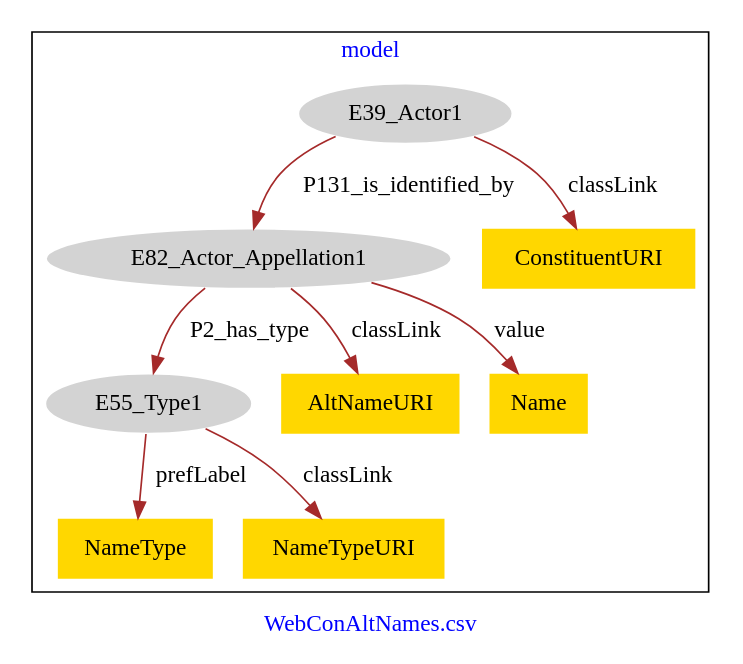
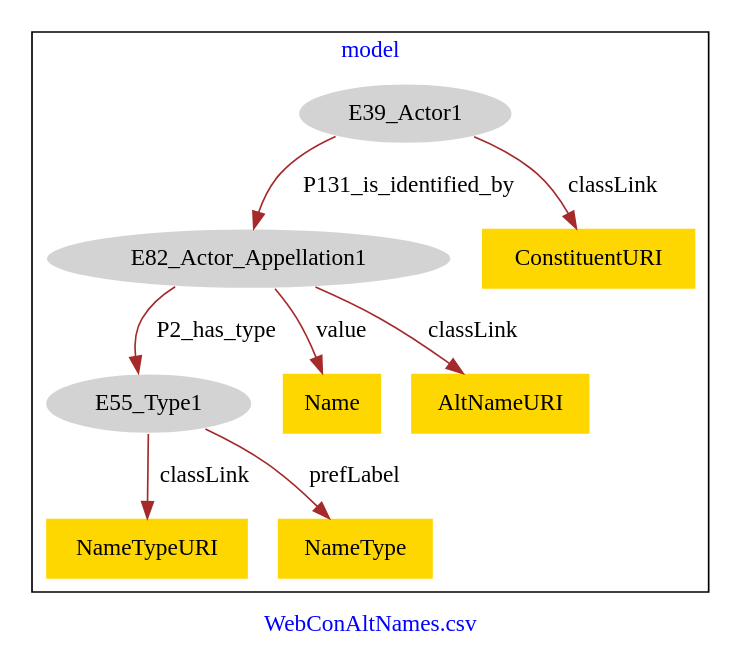
The diagram in WebConAltNames/WebConAltNames-model.dot (american-art/SAAM), drawn with Graphviz before and after one commit.

Commit message:
Update file WebConAltNames-model.dot

```diff
--- a/WebConAltNames/WebConAltNames-model.dot
+++ b/WebConAltNames/WebConAltNames-model.dot
@@ -1,23 +1,23 @@
 digraph n0 {
 fontcolor="blue"
 remincross="true"
 label="WebConAltNames.csv"
 subgraph cluster {
 label="model"
 n2[style="filled",color="white",fillcolor="lightgray",label="E39_Actor1"];
 n3[style="filled",color="white",fillcolor="lightgray",label="E82_Actor_Appellation1"];
 n4[style="filled",color="white",fillcolor="lightgray",label="E55_Type1"];
-n5[shape="plaintext",style="filled",fillcolor="gold",label="AltNameURI"];
-n6[shape="plaintext",style="filled",fillcolor="gold",label="NameType"];
+n5[shape="plaintext",style="filled",fillcolor="gold",label="ConstituentURI"];
+n6[shape="plaintext",style="filled",fillcolor="gold",label="Name"];
 n7[shape="plaintext",style="filled",fillcolor="gold",label="NameTypeURI"];
-n8[shape="plaintext",style="filled",fillcolor="gold",label="ConstituentURI"];
-n9[shape="plaintext",style="filled",fillcolor="gold",label="Name"];
+n8[shape="plaintext",style="filled",fillcolor="gold",label="AltNameURI"];
+n9[shape="plaintext",style="filled",fillcolor="gold",label="NameType"];
 }
 n2 -> n3[color="brown",fontcolor="black",label="P131_is_identified_by"]
 n3 -> n4[color="brown",fontcolor="black",label="P2_has_type"]
-n3 -> n5[color="brown",fontcolor="black",label="classLink"]
-n4 -> n6[color="brown",fontcolor="black",label="prefLabel"]
+n2 -> n5[color="brown",fontcolor="black",label="classLink"]
+n3 -> n6[color="brown",fontcolor="black",label="value"]
 n4 -> n7[color="brown",fontcolor="black",label="classLink"]
-n2 -> n8[color="brown",fontcolor="black",label="classLink"]
-n3 -> n9[color="brown",fontcolor="black",label="value"]
+n3 -> n8[color="brown",fontcolor="black",label="classLink"]
+n4 -> n9[color="brown",fontcolor="black",label="prefLabel"]
 }
```
